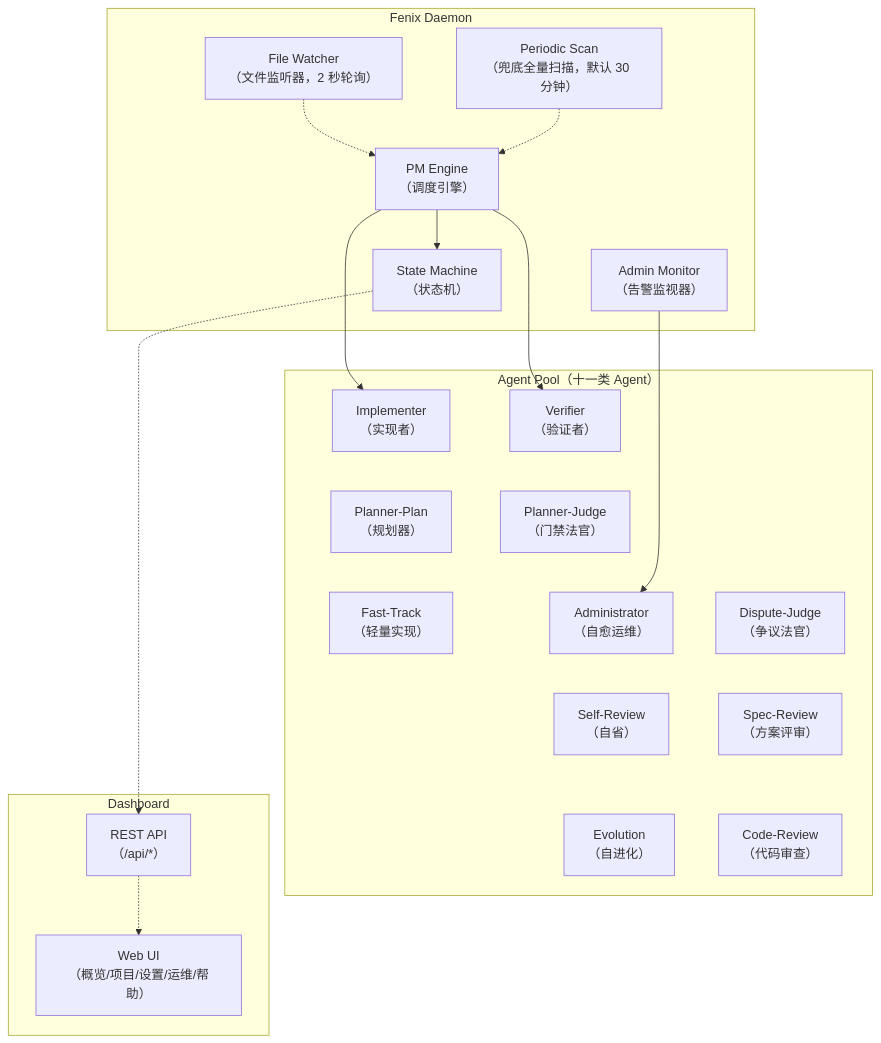
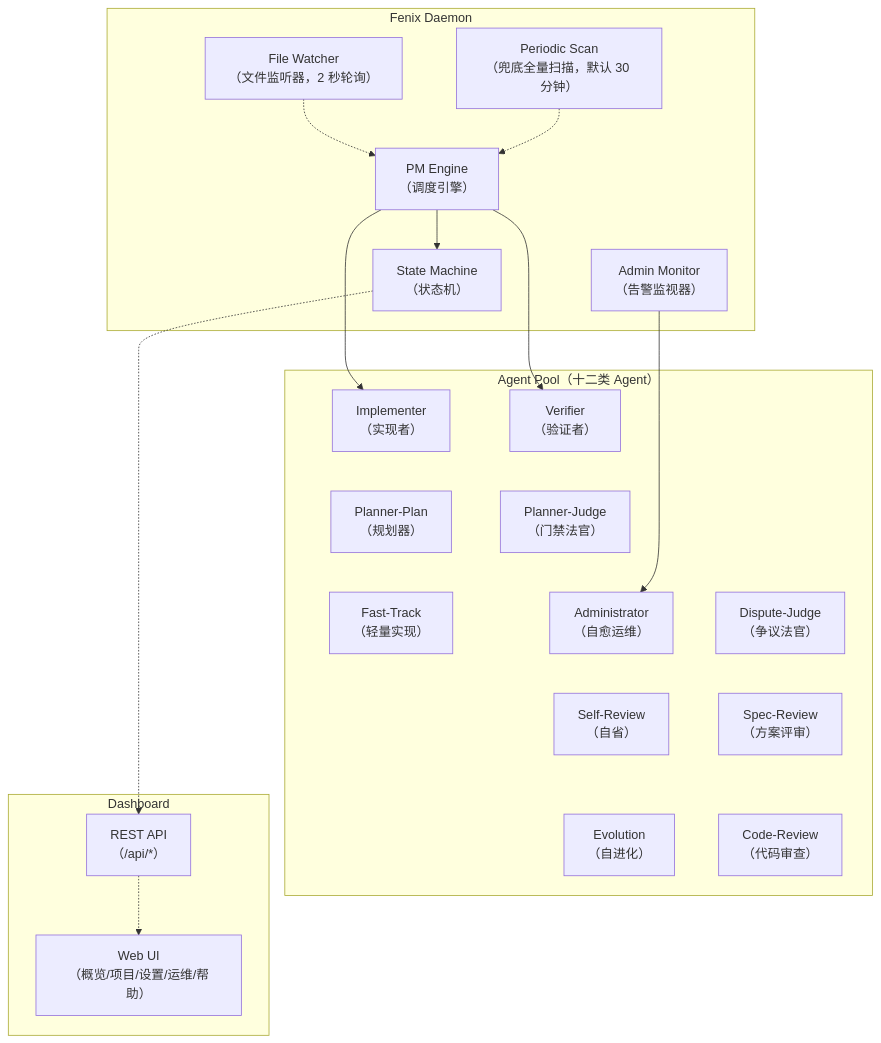
One commit to fenixsoft/fenixd changed the first of 2 diagrams in docs/help/02-concepts.md. Above: the diagram before and after it, drawn with Mermaid. The commit also changed other lines of this file and 4 other files, not shown here.

Commit message:
[fenix] fix-help-docs-contra-behavior: 6.1-6.4+7.1-7.2 目录概念与事件枚举口径——11 状态、十二类 Agent 补 code-fix、all-done 伪事件

````diff
--- a/docs/help/02-concepts.md
+++ b/docs/help/02-concepts.md
@@ -16,49 +16,49 @@
 ```mermaid
 graph TB
     subgraph DAEMON ["Fenix Daemon"]
         FW["File Watcher\n（文件监听器，2 秒轮询）"]
         SC["Periodic Scan\n（兜底全量扫描，默认 30 分钟）"]
         AM["Admin Monitor\n（告警监视器）"]
         PM["PM Engine\n（调度引擎）"]
         SM["State Machine\n（状态机）"]
         FW -.-> PM
         SC -.-> PM
         PM --> SM
     end
 
-    subgraph POOL ["Agent Pool（十一类 Agent）"]
+    subgraph POOL ["Agent Pool（十二类 Agent）"]
         IMP["Implementer\n（实现者）"]
         VER["Verifier\n（验证者）"]
         PP["Planner-Plan\n（规划器）"]
         PJ["Planner-Judge\n（门禁法官）"]
         FT["Fast-Track\n（轻量实现）"]
         ADM["Administrator\n（自愈运维）"]
         SR["Self-Review\n（自省）"]
         DJ["Dispute-Judge\n（争议法官）"]
         EV["Evolution\n（自进化）"]
         REV["Spec-Review\n（方案评审）"]
         CR["Code-Review\n（代码审查）"]
         IMP ~~~ PP
         PP ~~~ FT
         VER ~~~ PJ
         PJ ~~~ ADM
         ADM ~~~ SR
         SR ~~~ EV
         DJ ~~~ REV
         REV ~~~ CR
     end
 
     subgraph DASH ["Dashboard"]
         API["REST API\n（/api/*）"]
         WEB["Web UI\n（概览/项目/设置/运维/帮助）"]
         API -.-> WEB
     end
 
     PM --> IMP
     PM --> VER
     AM --> ADM
     SM -.-> API
     SM ~~~ IMP
     SM ~~~ VER
     SR ~~~ API
 ```
````
